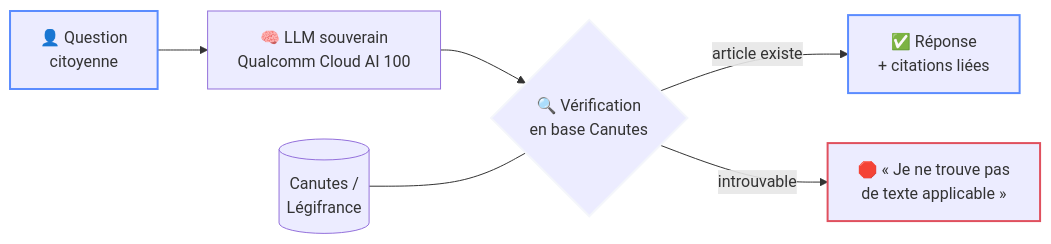
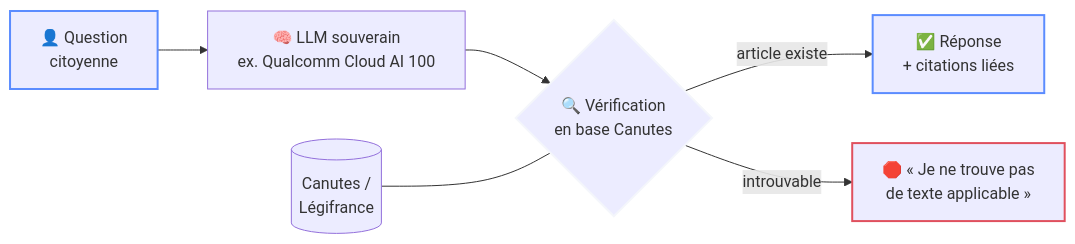
Before and after one commit to wilfred-dore/hackathon-assemblee-2026: the first of 2 diagrams in presentation/slides.md, drawn with Mermaid. The commit also changed other lines of this file, not shown here.

Commit message:
deck: « ex. Qualcomm Cloud AI 100 » (exemple de backend souverain, pas le seul)

````diff
--- a/presentation/slides.md
+++ b/presentation/slides.md
@@ -95,12 +95,12 @@
 ```mermaid {scale: 0.9}
 flowchart LR
-    Q["👤 Question<br>citoyenne"] --> LLM["🧠 LLM souverain<br>Qualcomm Cloud AI 100"]
+    Q["👤 Question<br>citoyenne"] --> LLM["🧠 LLM souverain<br>ex. Qualcomm Cloud AI 100"]
     LLM --> V{"🔍 Vérification<br>en base Canutes"}
     V -->|"article existe"| R["✅ Réponse<br>+ citations liées"]
     V -->|"introuvable"| N["🛑 « Je ne trouve pas<br>de texte applicable »"]
     DB[("Canutes /<br>Légifrance")] --- V
     style Q stroke:#5b8cff,stroke-width:2px
     style R stroke:#5b8cff,stroke-width:2px
     style N stroke:#e0505e,stroke-width:2px
     style V stroke:#f4f6fb,stroke-width:2px
 ```
````
